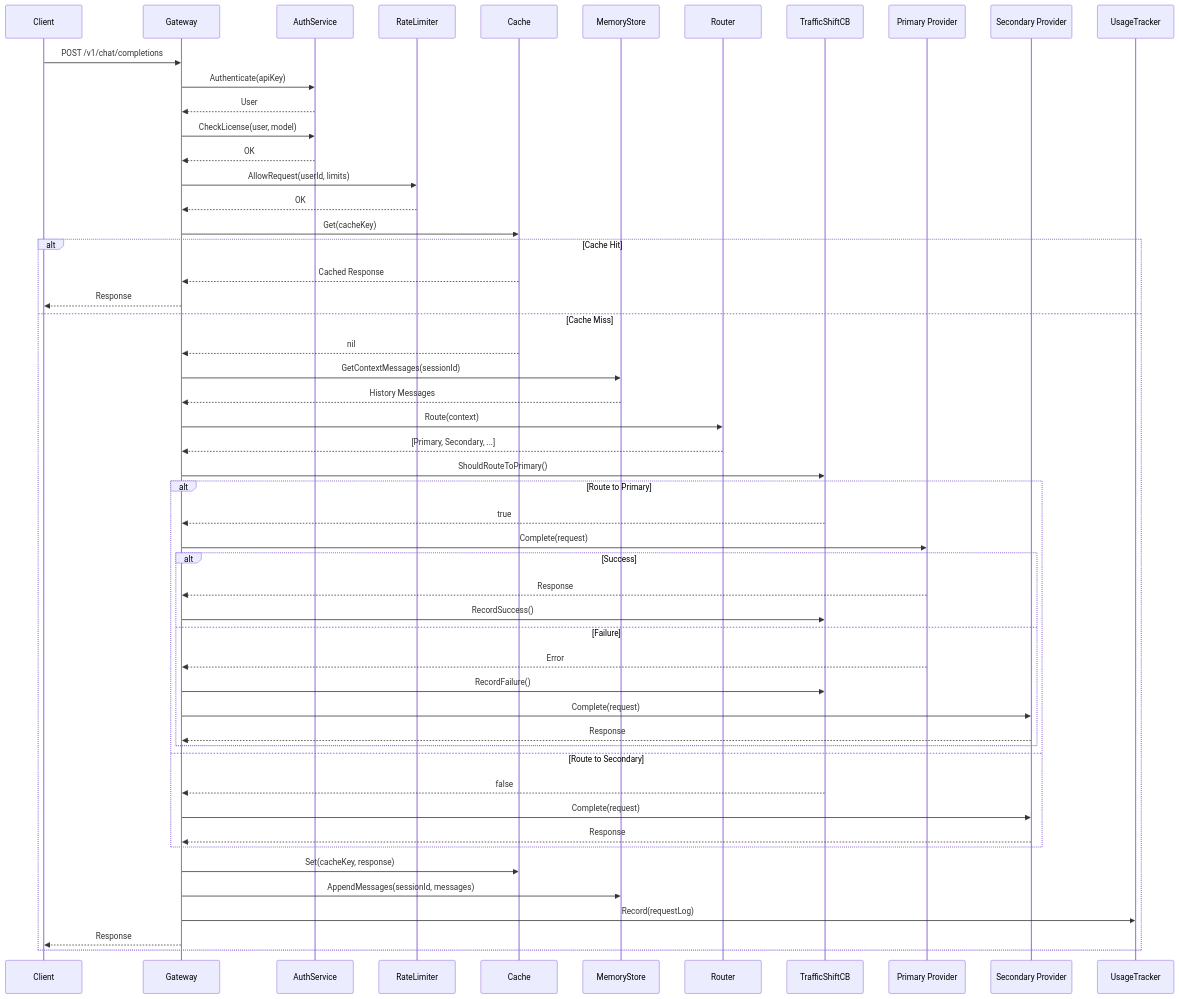
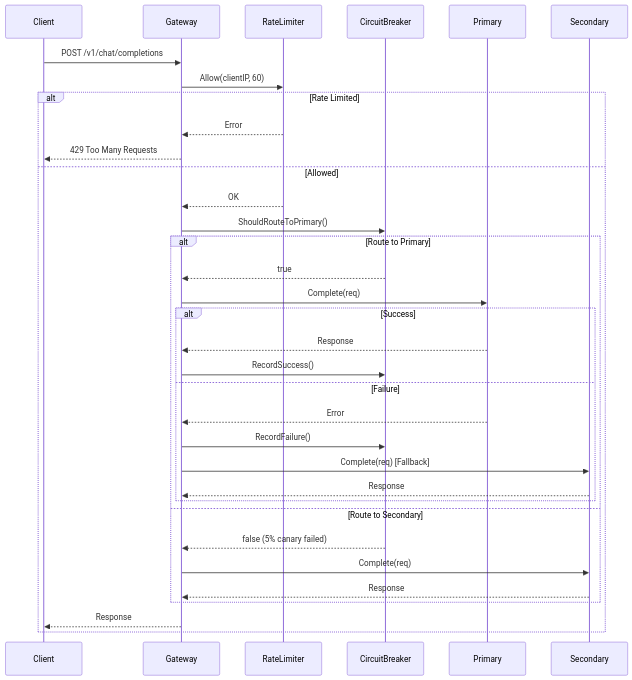
One commit to rishabhofficial/DSAA changed the first of 2 diagrams in test.md. Above: the diagram before and after it, drawn with Mermaid. The commit also changed other lines of this file, not shown here.

````diff
--- a/test.md
+++ b/test.md
@@ -64,62 +271,37 @@
 ```mermaid
 sequenceDiagram
     participant C as Client
     participant GW as Gateway
-    participant Auth as AuthService
     participant RL as RateLimiter
-    participant Cache as Cache
-    participant Mem as MemoryStore
-    participant Router as Router
-    participant CB as TrafficShiftCB
-    participant P1 as Primary Provider
-    participant P2 as Secondary Provider
-    participant Usage as UsageTracker
+    participant CB as CircuitBreaker
+    participant P1 as Primary
+    participant P2 as Secondary
 
     C->>GW: POST /v1/chat/completions
-    GW->>Auth: Authenticate(apiKey)
-    Auth-->>GW: User
-
-    GW->>Auth: CheckLicense(user, model)
-    Auth-->>GW: OK
-
-    GW->>RL: AllowRequest(userId, limits)
-    RL-->>GW: OK
-
-    GW->>Cache: Get(cacheKey)
-    alt Cache Hit
-        Cache-->>GW: Cached Response
-        GW-->>C: Response
-    else Cache Miss
-        Cache-->>GW: nil
-
-        GW->>Mem: GetContextMessages(sessionId)
-        Mem-->>GW: History Messages
-
-        GW->>Router: Route(context)
-        Router-->>GW: [Primary, Secondary, ...]
-
+    GW->>RL: Allow(clientIP, 60)
+    alt Rate Limited
+        RL-->>GW: Error
+        GW-->>C: 429 Too Many Requests
+    else Allowed
+        RL-->>GW: OK
         GW->>CB: ShouldRouteToPrimary()
         alt Route to Primary
             CB-->>GW: true
-            GW->>P1: Complete(request)
+            GW->>P1: Complete(req)
             alt Success
                 P1-->>GW: Response
                 GW->>CB: RecordSuccess()
             else Failure
                 P1-->>GW: Error
                 GW->>CB: RecordFailure()
-                GW->>P2: Complete(request)
+                GW->>P2: Complete(req) [Fallback]
                 P2-->>GW: Response
             end
         else Route to Secondary
-            CB-->>GW: false
-            GW->>P2: Complete(request)
+            CB-->>GW: false (5% canary failed)
+            GW->>P2: Complete(req)
             P2-->>GW: Response
         end
-
-        GW->>Cache: Set(cacheKey, response)
-        GW->>Mem: AppendMessages(sessionId, messages)
-        GW->>Usage: Record(requestLog)
         GW-->>C: Response
     end
 ```
````
